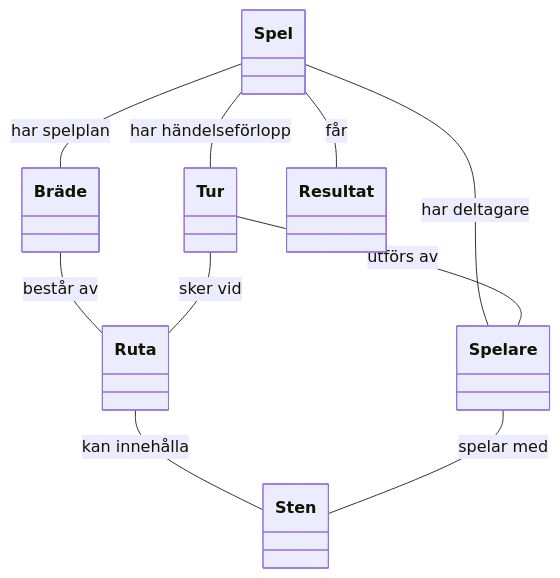
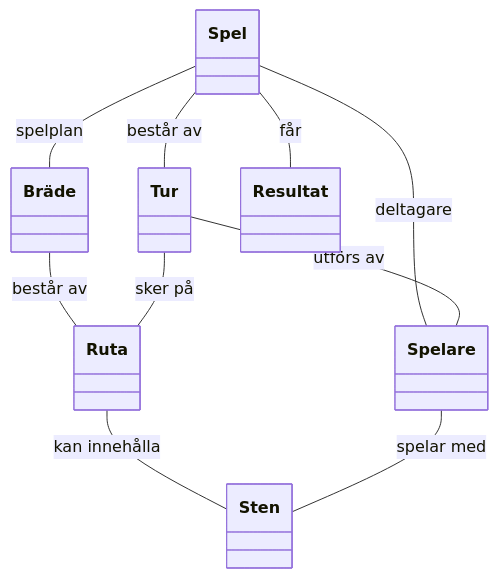
One commit to Jsambok11/gomoku-git changed the diagram in aaa.md. Above: the diagram before and after it, drawn with Mermaid.

Commit message:
test of diagrams, v7.1, fixing up comments

````diff
--- a/aaa.md
+++ b/aaa.md
@@ -1,36 +1,36 @@
 ```mermaid
 classDiagram
     direction TB
 
     class Spel {
     }
 
     class Spelare {
     }
 
     class Bräde {
     }
 
     class Ruta {
     }
 
     class Sten {
     }
 
     class Tur {
     }
 
     class Resultat {
     }
 
     %% Relationer
-    Spel -- Spelare : har deltagare
-    Spel -- Bräde : har spelplan
-    Spel -- Tur : har händelseförlopp
+    Spel -- Spelare : deltagare
+    Spel -- Bräde : spelplan
+    Spel -- Tur : består av
     Spel -- Resultat : får
     Bräde -- Ruta : består av
     Ruta -- Sten : kan innehålla
     Tur -- Spelare : utförs av
-    Tur -- Ruta : sker vid
+    Tur -- Ruta : sker på
     Spelare -- Sten : spelar med
 ```
````
